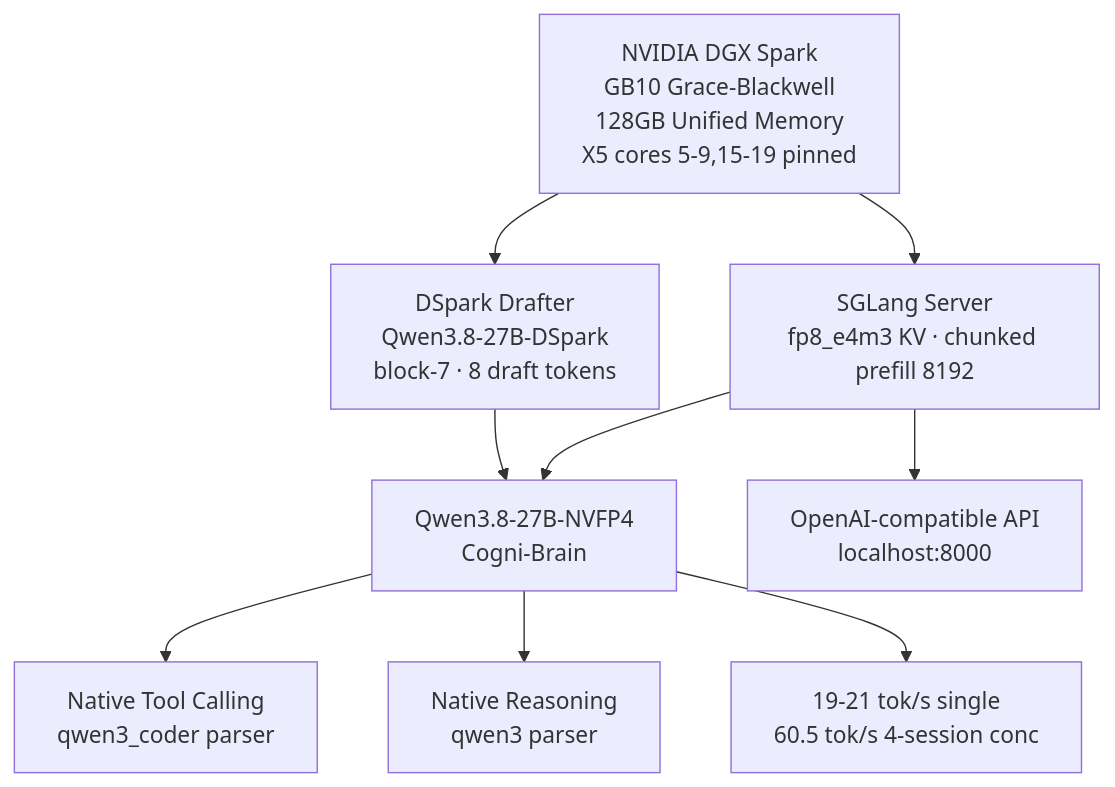
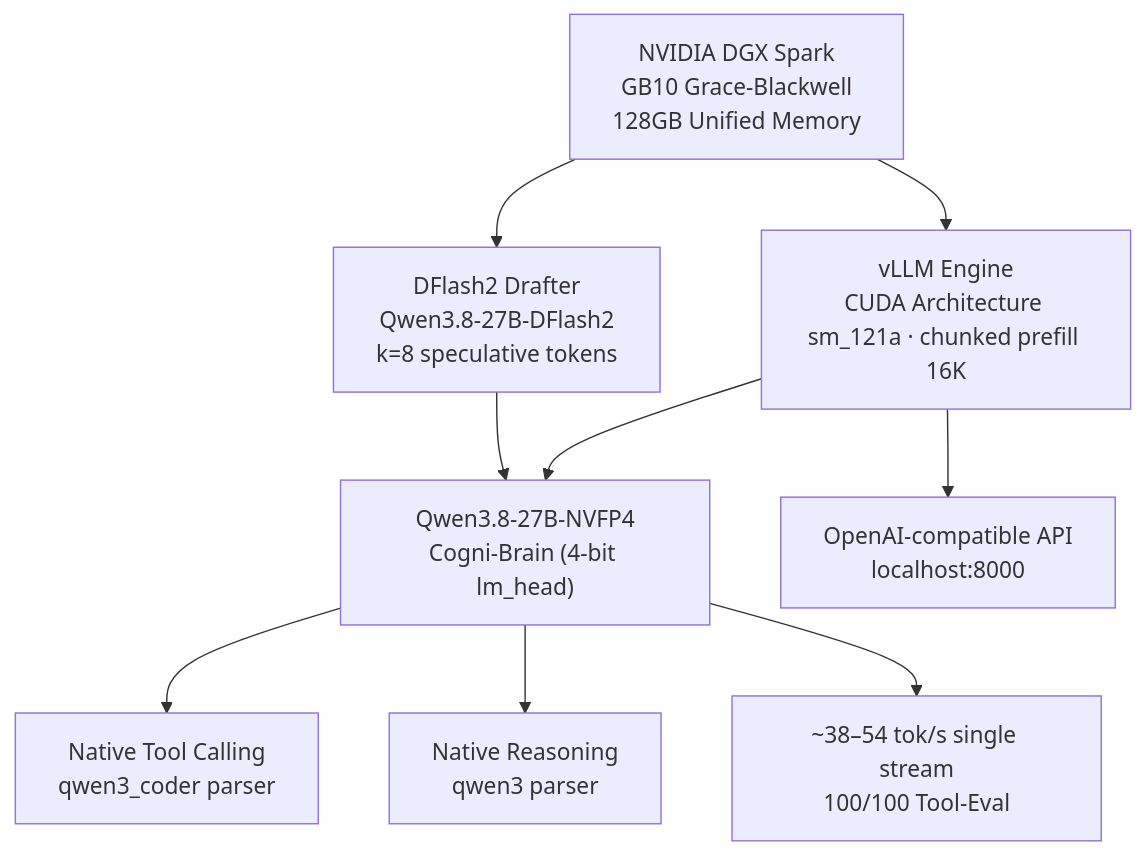
Before and after one commit to airawatraj/dgx-spark-qwen38-super-agent: the diagram in README.md, drawn with Mermaid. The commit also changed other lines of this file and 6 other files, not shown here.

First line of the commit message:
feat: upgrade default stack to vLLM DFlash2 with 4-bit lm_head

````diff
--- a/README.md
+++ b/README.md
@@ -47,15 +48,15 @@
 ```mermaid
 flowchart TD
-    A["NVIDIA DGX Spark<br/>GB10 Grace-Blackwell<br/>128GB Unified Memory<br/>X5 cores 5-9,15-19 pinned"]
+    A["NVIDIA DGX Spark<br/>GB10 Grace-Blackwell<br/>128GB Unified Memory"]
 
-    A --> B["SGLang Server<br/>fp8_e4m3 KV · chunked prefill 8192"]
-    A --> S["DSpark Drafter<br/>Qwen3.8-27B-DSpark<br/>block-7 · 8 draft tokens"]
+    A --> B["vLLM Engine<br/>CUDA Architecture sm_121a · chunked prefill 16K"]
+    A --> S["DFlash2 Drafter<br/>Qwen3.8-27B-DFlash2<br/>k=8 speculative tokens"]
 
-    B --> C["Qwen3.8-27B-NVFP4<br/>Cogni-Brain"]
+    B --> C["Qwen3.8-27B-NVFP4<br/>Cogni-Brain (4-bit lm_head)"]
     B --> D["OpenAI-compatible API<br/>localhost:8000"]
     S --> C
 
     C --> E["Native Tool Calling<br/>qwen3_coder parser"]
     C --> F["Native Reasoning<br/>qwen3 parser"]
-    C --> G["19-21 tok/s single<br/>60.5 tok/s 4-session conc"]
+    C --> G["~38–54 tok/s single stream<br/>100/100 Tool-Eval"]
 ```
````
